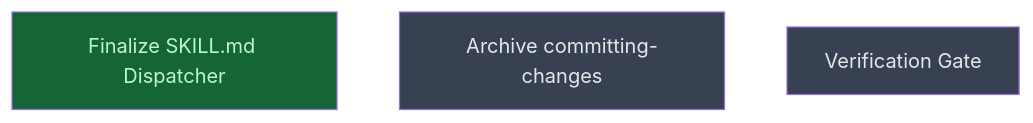
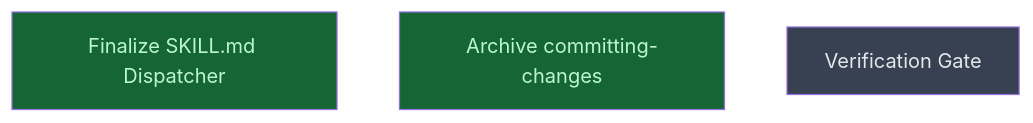
One commit to CrackingShells/cracking-shells-playbook changed the diagram in __roadmap__/writing-history-skill/author/assemble/README.md. Above: the diagram before and after it, drawn with Mermaid. The commit also changed other lines of this file, not shown here.

Commit message:
chore(writing-history): mark archive_committing_changes leaf done

````diff
--- a/__roadmap__/writing-history-skill/author/assemble/README.md
+++ b/__roadmap__/writing-history-skill/author/assemble/README.md
@@ -23,11 +23,11 @@
 ```mermaid
 graph TD
     skill_dispatcher[Finalize SKILL.md Dispatcher]:::done
-    archive_committing_changes[Archive committing-changes]:::planned
+    archive_committing_changes[Archive committing-changes]:::done
     verify[Verification Gate]:::planned
     classDef done       fill:#166534,color:#bbf7d0
     classDef inprogress fill:#854d0e,color:#fef08a
     classDef planned    fill:#374151,color:#e5e7eb
     classDef amendment  fill:#1e3a5f,color:#bfdbfe
     classDef blocked    fill:#7f1d1d,color:#fecaca
 ```
````
